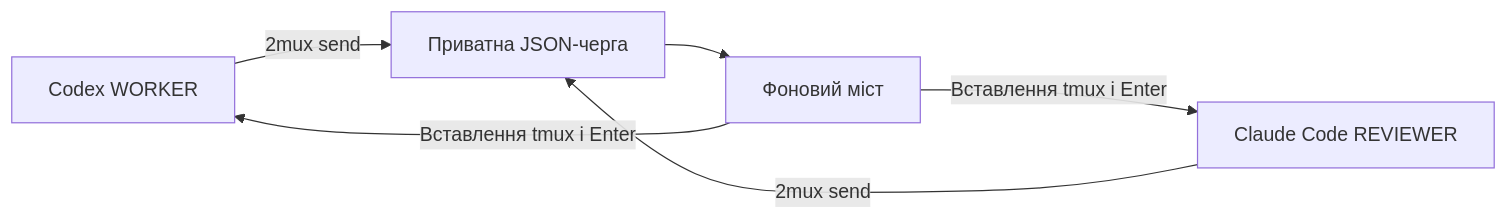
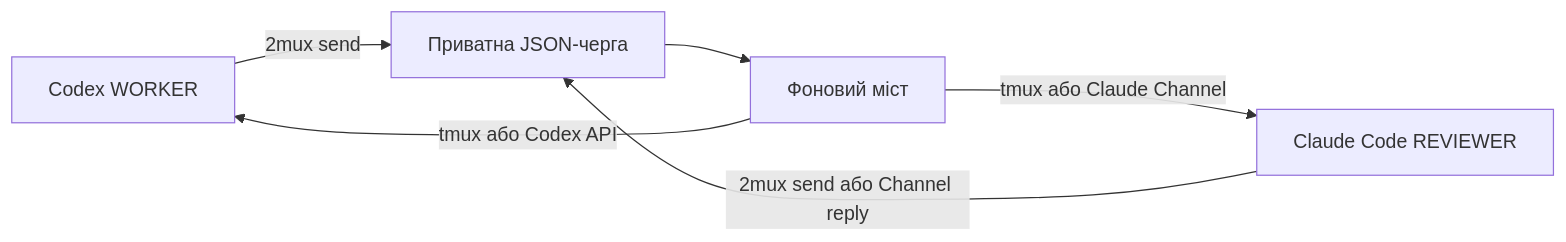
Before and after one commit to avhrst/2mux: the first of 3 diagrams in docs/architecture.uk.md, drawn with Mermaid. The commit also changed other lines of this file and 43 other files, not shown here.

First line of the commit message:
Add experimental native Codex and Claude transports

````diff
--- a/docs/architecture.uk.md
+++ b/docs/architecture.uk.md
@@ -9,8 +9,8 @@
 ```mermaid
 flowchart LR
     W[Codex WORKER] -->|2mux send| Q[Приватна JSON-черга]
-    R[Claude Code REVIEWER] -->|2mux send| Q
+    R[Claude Code REVIEWER] -->|2mux send або Channel reply| Q
     Q --> B[Фоновий міст]
-    B -->|Вставлення tmux і Enter| W
-    B -->|Вставлення tmux і Enter| R
+    B -->|tmux або Codex API| W
+    B -->|tmux або Claude Channel| R
 ```
````
